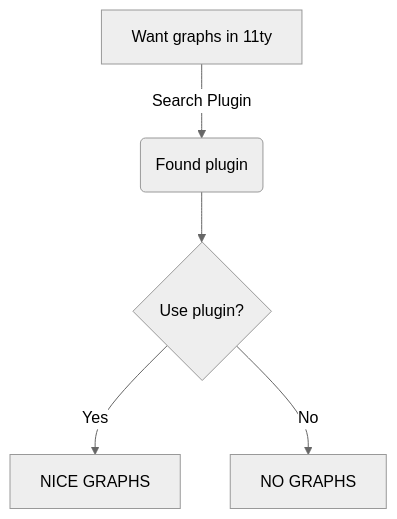
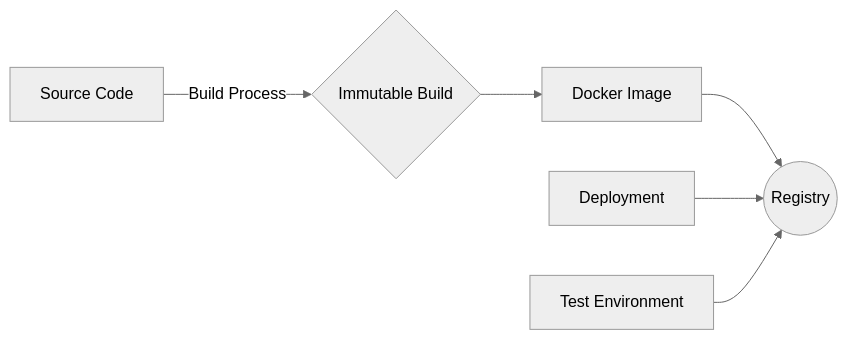
The diagram in inventory/practices/cicd/immutable-builds.md (devopsplaybook-io/devopsplaybook.io), drawn with Mermaid (neutral theme) before and after one commit. The commit also changed other lines of this file and 4 other files, not shown here.

````diff
--- a/inventory/practices/cicd/immutable-builds.md
+++ b/inventory/practices/cicd/immutable-builds.md
@@ -11,7 +11,8 @@
 ```mermaid
-  graph TD;
-  A[Want graphs in 11ty] -->|Search Plugin| B(Found plugin);
-  B --> C{Use plugin?};
-  C -->|Yes| D[NICE GRAPHS];
-  C -->|No| E[NO GRAPHS];
+  graph LR
+    A[Source Code] -->|Build Process| B{Immutable Build}
+    B --> C[Docker Image]
+    C --> D((Registry))
+    E[Deployment] --> D
+    F[Test Environment] --> D
 ```
````
